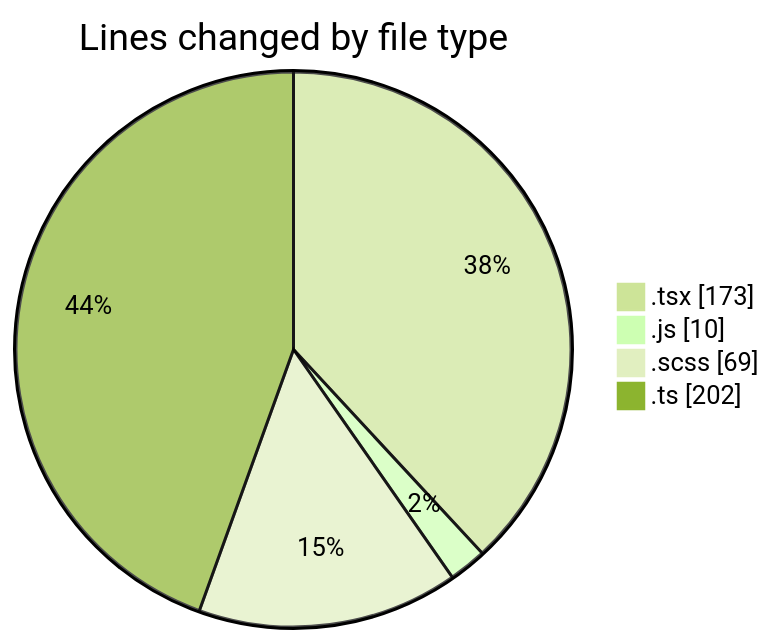
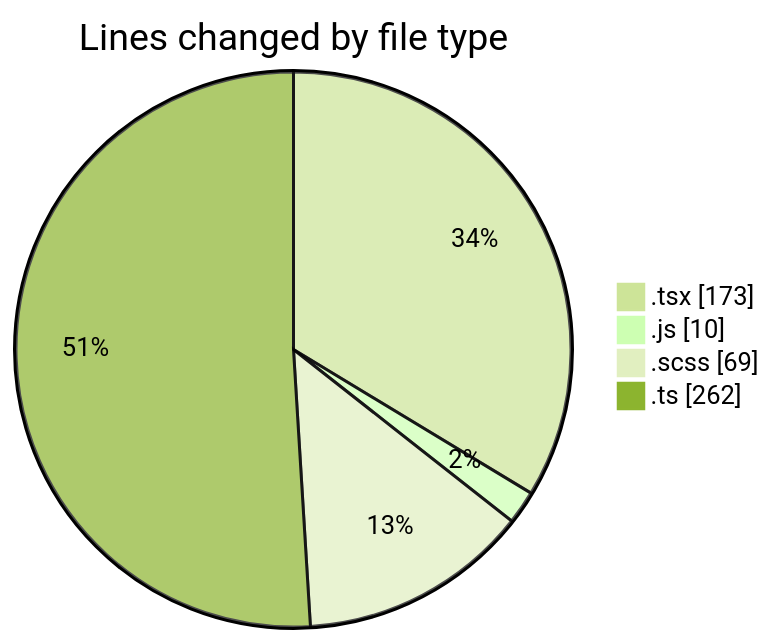
One commit to momahboobian/code-tracking changed the first of 2 diagrams in 2026-08-25/cda/README.md. Above: the diagram before and after it, drawn with Mermaid (forest theme). The commit also changed other lines of this file and 1 other file, not shown here.

````diff
--- a/2026-08-25/cda/README.md
+++ b/2026-08-25/cda/README.md
@@ -27,8 +27,8 @@
 ```mermaid
 pie showData
 title Lines changed by file type
 ".tsx" : 173
 ".js" : 10
 ".scss" : 69
-".ts" : 202
+".ts" : 262
 ```
````
